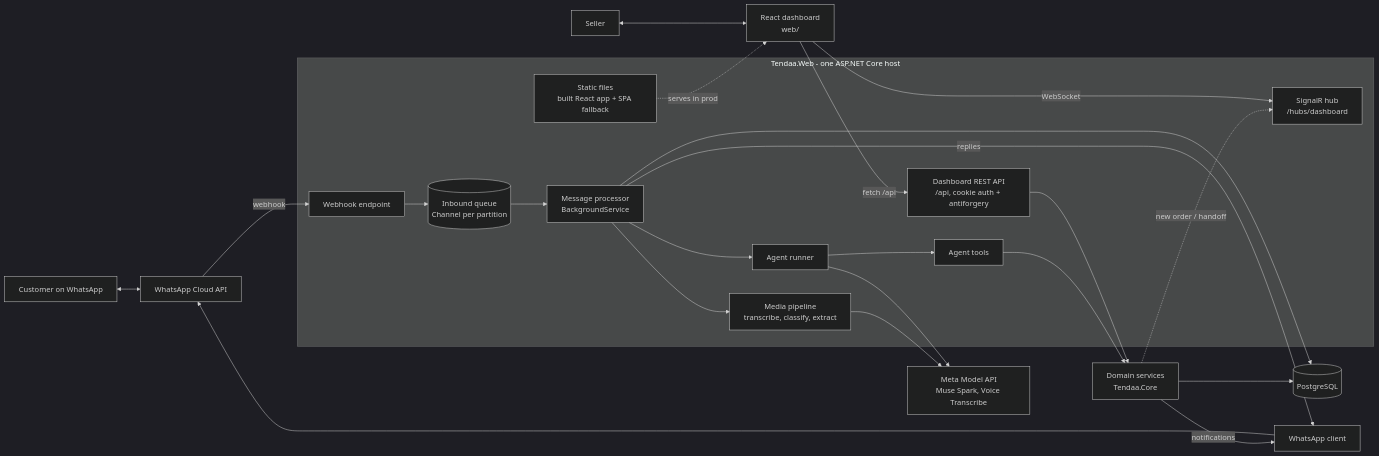
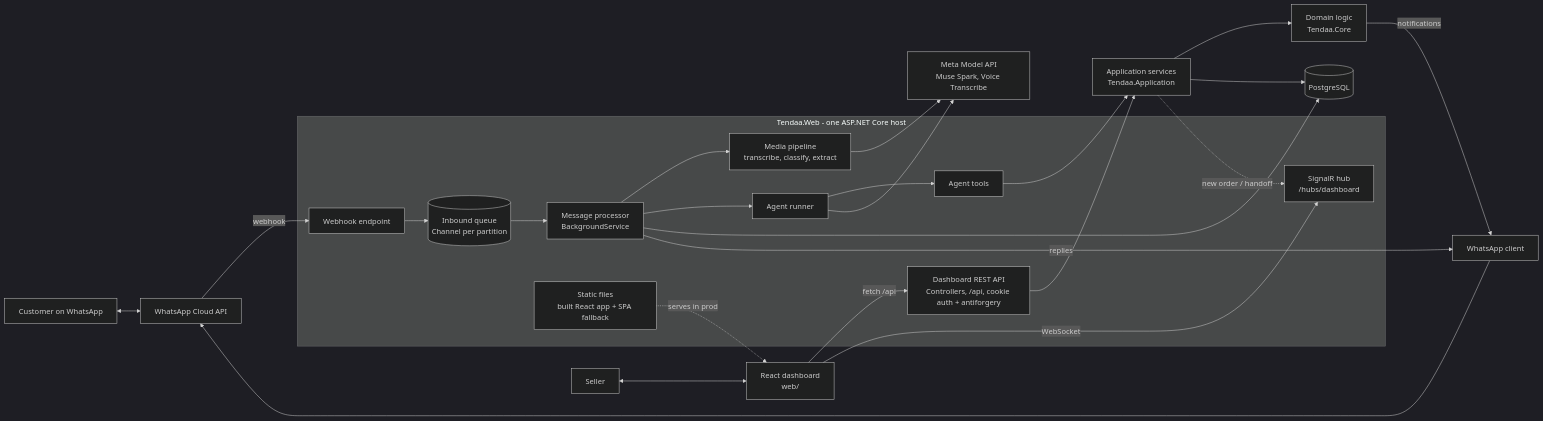
The first of 3 diagrams in ARCHITECTURE.md (NIMICODER/tendaa-shop), drawn with Mermaid (dark theme) before and after one commit. The commit also changed other lines of this file and 104 other files, not shown here.

````diff
--- a/ARCHITECTURE.md
+++ b/ARCHITECTURE.md
@@ -24,29 +24,30 @@
 ```mermaid
 flowchart LR
     C[Customer on WhatsApp] <--> WA[WhatsApp Cloud API]
     WA -- webhook --> WH[Webhook endpoint]
     subgraph Web[Tendaa.Web - one ASP.NET Core host]
         WH --> Q[(Inbound queue<br/>Channel per partition)]
         Q --> P[Message processor<br/>BackgroundService]
         P --> MP[Media pipeline<br/>transcribe, classify, extract]
         P --> AR[Agent runner]
         AR --> T[Agent tools]
-        API[Dashboard REST API<br/>/api, cookie auth + antiforgery]
+        API[Dashboard REST API<br/>Controllers, /api, cookie auth + antiforgery]
         HUB[SignalR hub<br/>/hubs/dashboard]
         STATIC[Static files<br/>built React app + SPA fallback]
     end
-    T --> S[Domain services<br/>Tendaa.Core]
-    API --> S
-    S --> DB[(PostgreSQL)]
+    T --> APP[Application services<br/>Tendaa.Application]
+    API --> APP
+    APP --> S[Domain logic<br/>Tendaa.Core]
+    APP --> DB[(PostgreSQL)]
     P --> DB
     MP --> META[Meta Model API<br/>Muse Spark, Voice Transcribe]
     AR --> META
     P -- replies --> WAC[WhatsApp client]
     S -- notifications --> WAC
     WAC --> WA
-    S -. new order / handoff .-> HUB
+    APP -. new order / handoff .-> HUB
     SELLER[Seller] <--> BROWSER[React dashboard<br/>web/]
     BROWSER -- fetch /api --> API
     BROWSER -- WebSocket --> HUB
     STATIC -. serves in prod .-> BROWSER
 ```
````
